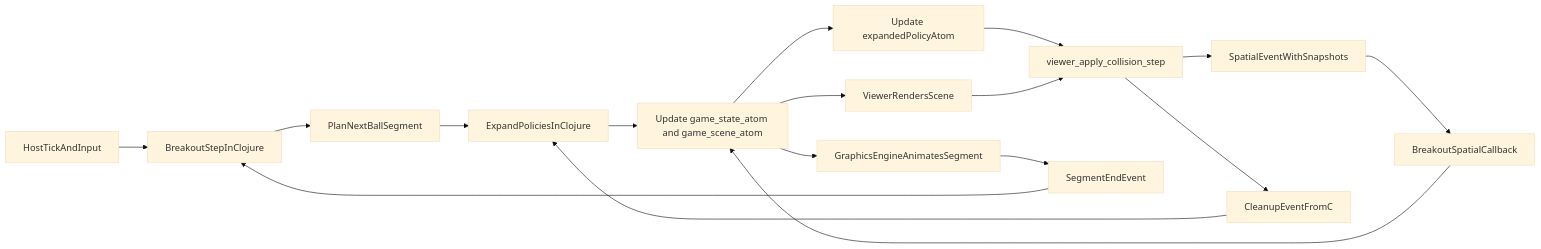
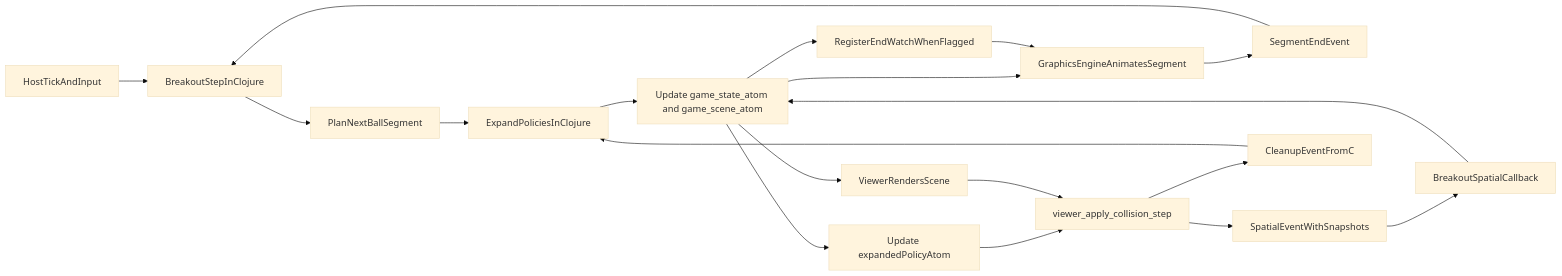
One commit to g3ntleman/tiny-clj changed the diagram in Plans/breakout-collision-migration.plan.md. Above: the diagram before and after it, drawn with Mermaid (base theme). The commit also changed other lines of this file, not shown here.

First line of the commit message:
Refine Breakout plan for timeline end events.

````diff
--- a/Plans/breakout-collision-migration.plan.md
+++ b/Plans/breakout-collision-migration.plan.md
@@ -68,19 +75,21 @@
 ```mermaid
 flowchart LR
   hostTick[HostTickAndInput] --> cljStep[BreakoutStepInClojure]
   cljStep --> planSegment[PlanNextBallSegment]
   planSegment --> expandPolicies[ExpandPoliciesInClojure]
   expandPolicies --> publishAtoms[Update game_state_atom and game_scene_atom]
   publishAtoms --> viewerRender[ViewerRendersScene]
   publishAtoms --> publishPolicies[Update expandedPolicyAtom]
   publishAtoms --> runSegment[GraphicsEngineAnimatesSegment]
+  publishAtoms --> timelineWatch[RegisterEndWatchWhenFlagged]
   publishPolicies --> collisionStep[viewer_apply_collision_step]
   viewerRender --> collisionStep
+  timelineWatch --> runSegment
   runSegment --> segmentEnd[SegmentEndEvent]
   segmentEnd --> cljStep
   collisionStep --> spatialEvent[SpatialEventWithSnapshots]
   spatialEvent --> cljCallback[BreakoutSpatialCallback]
   cljCallback --> publishAtoms
   collisionStep --> maintenanceEvent[CleanupEventFromC]
   maintenanceEvent --> expandPolicies
 ```
````
